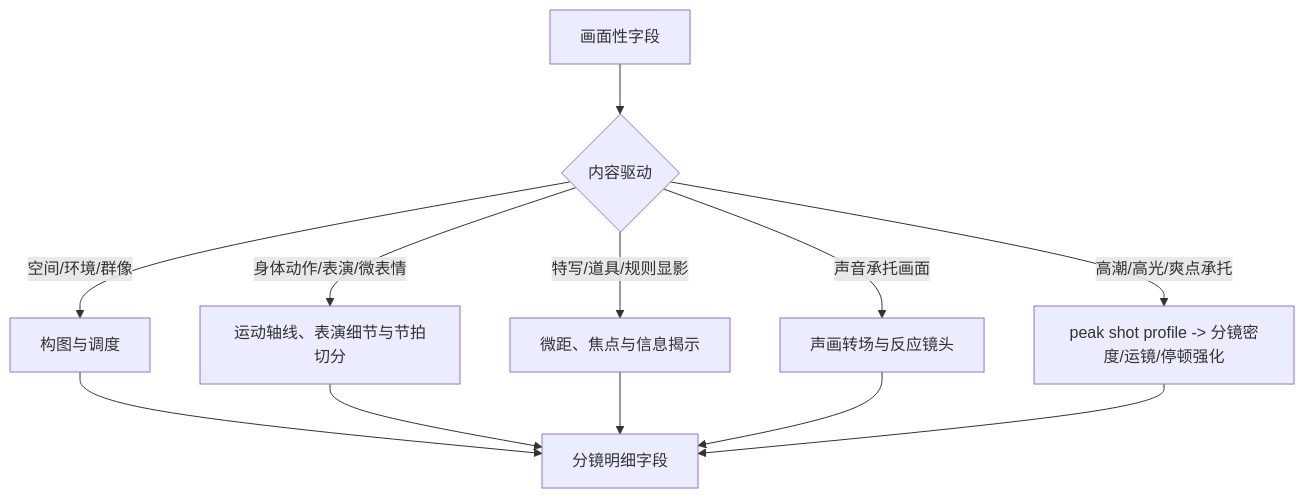
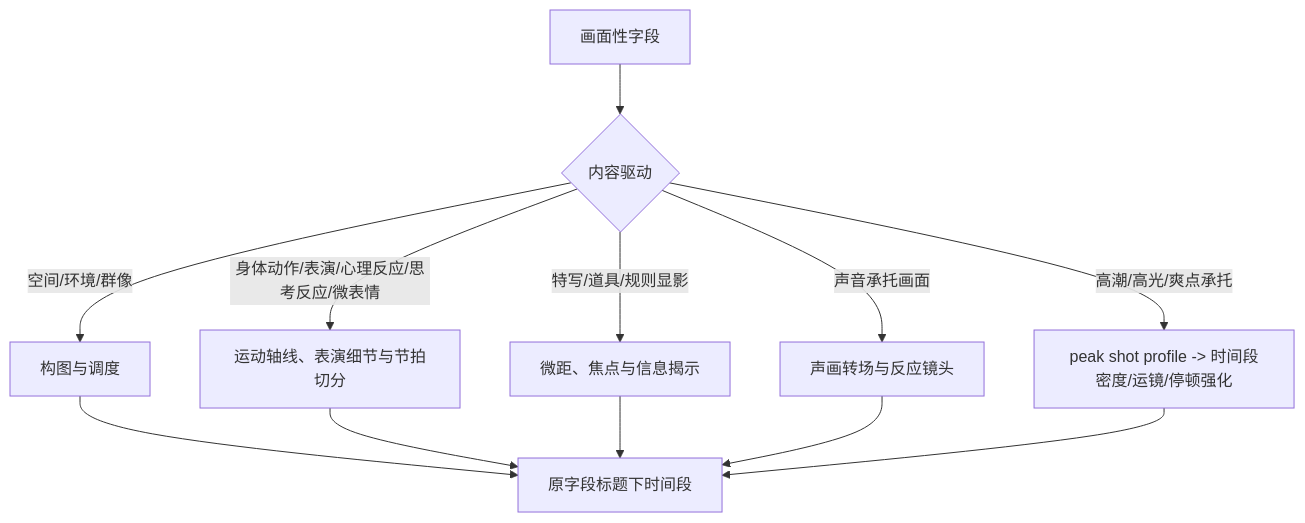
Before and after one commit to ZEN-VOID/AI-CUT: the second of 2 diagrams in .agents/skills/aigc/4-摄影/SKILL.md, drawn with Mermaid. The commit also changed other lines of this file and 240 other files, not shown here.

````diff
--- a/.agents/skills/aigc/4-摄影/SKILL.md
+++ b/.agents/skills/aigc/4-摄影/SKILL.md
@@ -162,14 +170,14 @@
 ```mermaid
 flowchart TD
     A["画面性字段"] --> B{"内容驱动"}
     B -->|"空间/环境/群像"| C["构图与调度"]
-    B -->|"身体动作/表演/微表情"| D["运动轴线、表演细节与节拍切分"]
+    B -->|"身体动作/表演/心理反应/思考反应/微表情"| D["运动轴线、表演细节与节拍切分"]
     B -->|"特写/道具/规则显影"| E["微距、焦点与信息揭示"]
     B -->|"声音承托画面"| F["声画转场与反应镜头"]
-    B -->|"高潮/高光/爽点承托"| H["peak shot profile -> 分镜密度/运镜/停顿强化"]
-    C --> G["分镜明细字段"]
+    B -->|"高潮/高光/爽点承托"| H["peak shot profile -> 时间段密度/运镜/停顿强化"]
+    C --> G["原字段标题下时间段"]
     D --> G
     E --> G
     F --> G
     H --> G
 ```
````
